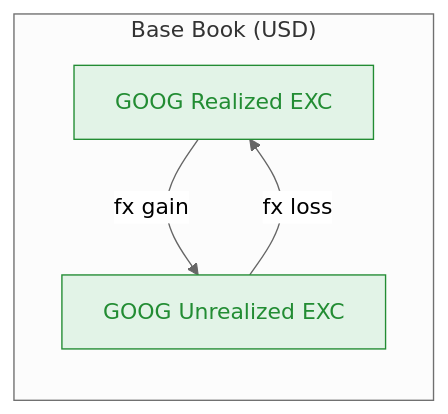
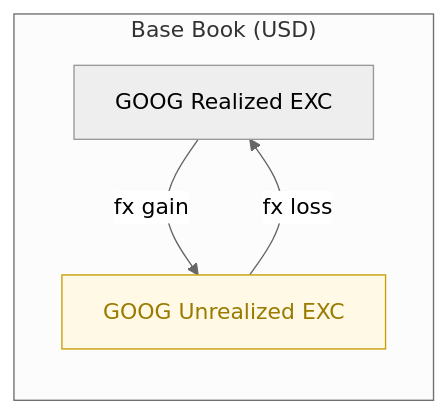
One commit to bkper/bkper-apps changed the fifth of 5 diagrams in portfolio-bot/README.md. Above: the diagram before and after it, drawn with Mermaid (neutral theme). The commit also changed other lines of this file, not shown here.

````diff
--- a/portfolio-bot/README.md
+++ b/portfolio-bot/README.md
@@ -232,9 +251,9 @@
 ```mermaid
 flowchart LR
     subgraph base["Base Book (USD)"]
-        FR["GOOG Realized EXC"]:::incoming -- "fx gain" --> FU["GOOG Unrealized EXC"]:::incoming
+        FR["GOOG Realized EXC"]:::incoming -- "fx gain" --> FU["GOOG Unrealized EXC"]:::liability
         FU -- "fx loss" --> FR
     end
 
-    classDef incoming fill:#e2f3e7,stroke:#228c33,color:#228c33
+    classDef liability fill:#fff9e5,stroke:#c7a008,color:#9a7b00
 ```
````
